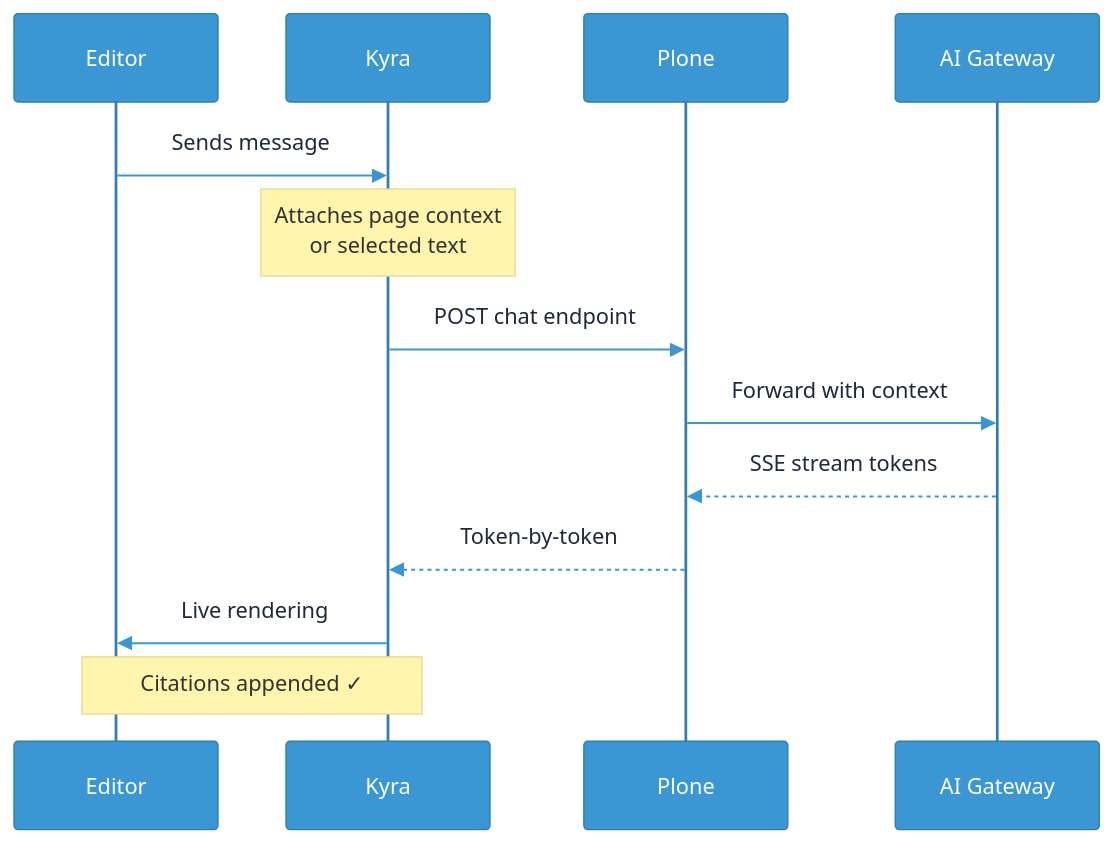
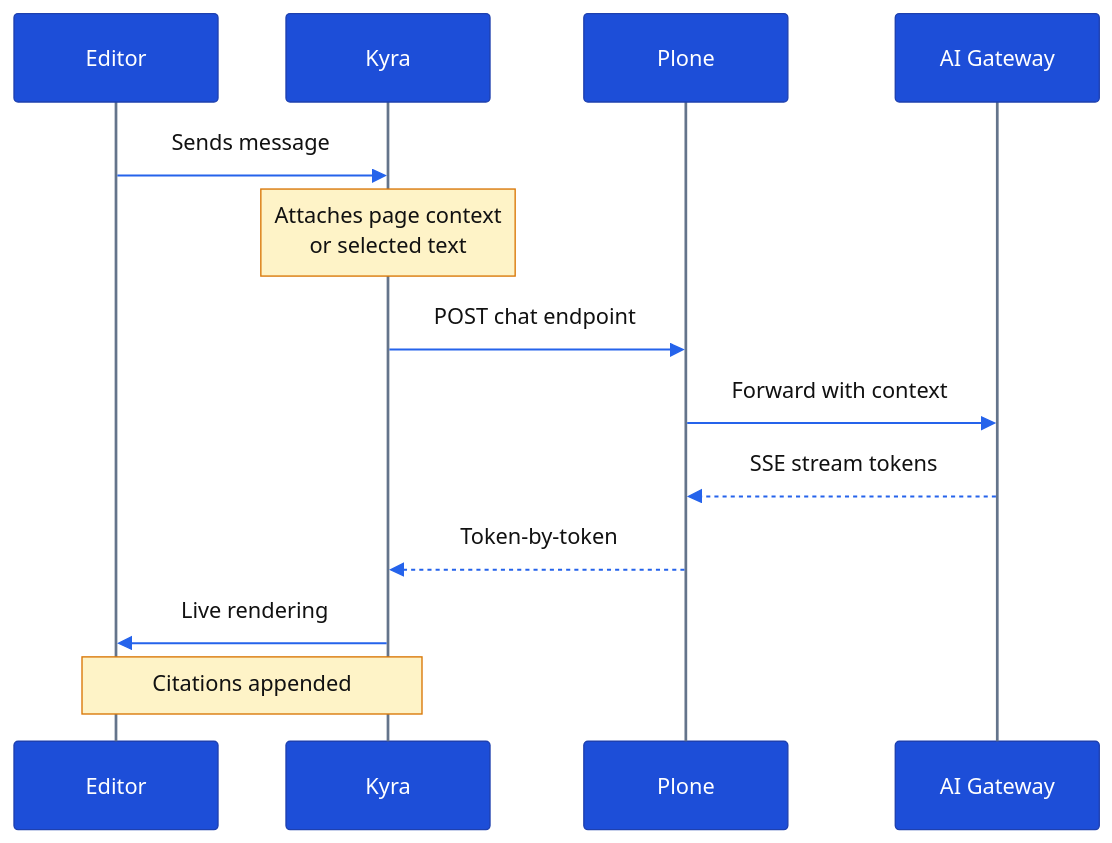
One commit to interaktivgmbh/volto-interaktiv-kyra changed the third of 6 diagrams in README.md. Above: the diagram before and after it, drawn with Mermaid. The commit also changed other lines of this file, not shown here.

Commit message:
Enhance README with added contents section, updated Mermaid diagrams, refined styles, and improved feature visualization

````diff
--- a/README.md
+++ b/README.md
@@ -113,17 +124,17 @@
 ```mermaid
-%%{init: {'theme': 'base', 'themeVariables': {'primaryColor': '#e8f4fd', 'primaryBorderColor': '#3b97d4', 'primaryTextColor': '#1e293b', 'lineColor': '#3b97d4', 'signalColor': '#3b97d4', 'actorBkg': '#3b97d4', 'actorTextColor': '#fff', 'actorBorder': '#307db0'}}}%%
+%%{init: {'theme': 'base', 'themeVariables': {'primaryColor': '#dbeafe', 'primaryBorderColor': '#2563eb', 'primaryTextColor': '#111', 'lineColor': '#2563eb', 'signalColor': '#2563eb', 'signalTextColor': '#111', 'labelTextColor': '#111', 'actorBkg': '#1d4ed8', 'actorTextColor': '#fff', 'actorBorder': '#1e40af', 'actorLineColor': '#64748b', 'noteBkgColor': '#fef3c7', 'noteBorderColor': '#d97706', 'noteTextColor': '#111'}}}%%
 sequenceDiagram
     participant Editor
     participant Kyra
     participant Plone
     participant AI as AI Gateway
 
     Editor->>Kyra: Sends message
     Note over Kyra: Attaches page context<br/>or selected text
     Kyra->>Plone: POST chat endpoint
     Plone->>AI: Forward with context
     AI-->>Plone: SSE stream tokens
     Plone-->>Kyra: Token-by-token
     Kyra->>Editor: Live rendering
-    Note over Kyra,Editor: Citations appended ✓
+    Note over Kyra,Editor: Citations appended
 ```
````
